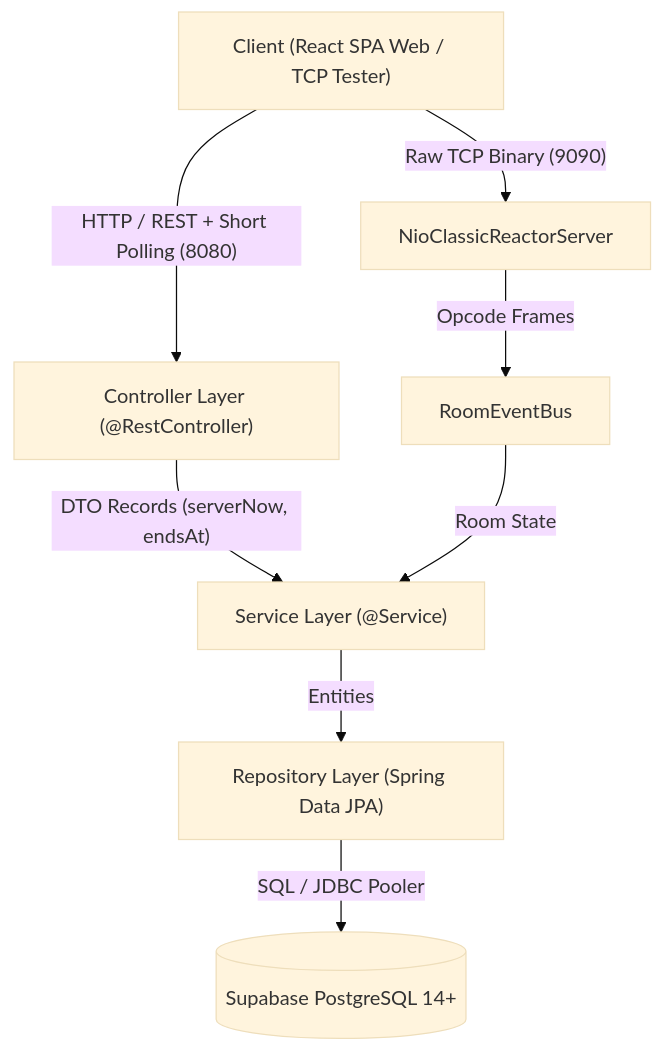
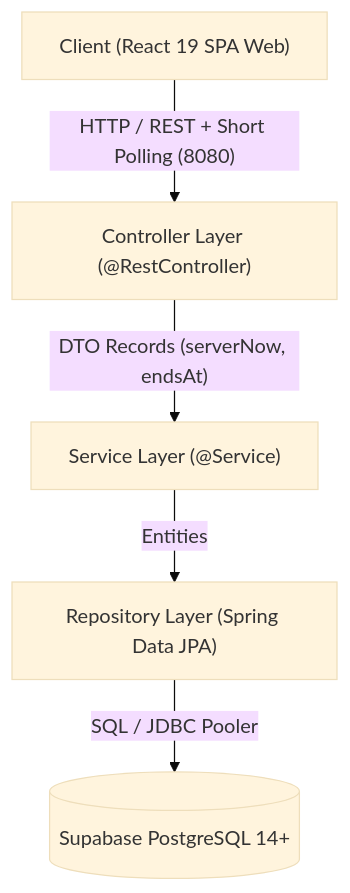
One commit to lethanhan01/mooc-clone changed the diagram in server/README.md. Above: the diagram before and after it, drawn with Mermaid (base theme). The commit also changed other lines of this file and 5 other files, not shown here.

````diff
--- a/server/README.md
+++ b/server/README.md
@@ -192,13 +190,10 @@
 ```mermaid
 graph TD
-    Client["Client (React SPA Web / TCP Tester)"]
+    Client["Client (React 19 SPA Web)"]
     Client -->|"HTTP / REST + Short Polling (8080)"| Controller["Controller Layer (@RestController)"]
-    Client -->|"Raw TCP Binary (9090)"| Reactor["NioClassicReactorServer"]
 
     Controller -->|"DTO Records (serverNow, endsAt)"| Service["Service Layer (@Service)"]
-    Reactor -->|"Opcode Frames"| EventBus["RoomEventBus"]
-    EventBus -->|"Room State"| Service
 
     Service -->|"Entities"| Repository["Repository Layer (Spring Data JPA)"]
     Repository -->|"SQL / JDBC Pooler"| Database[("Supabase PostgreSQL 14+")]
 ```
````
